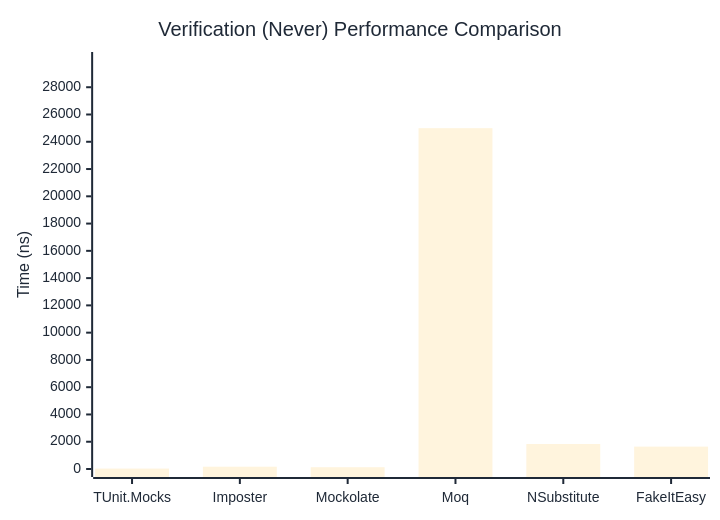
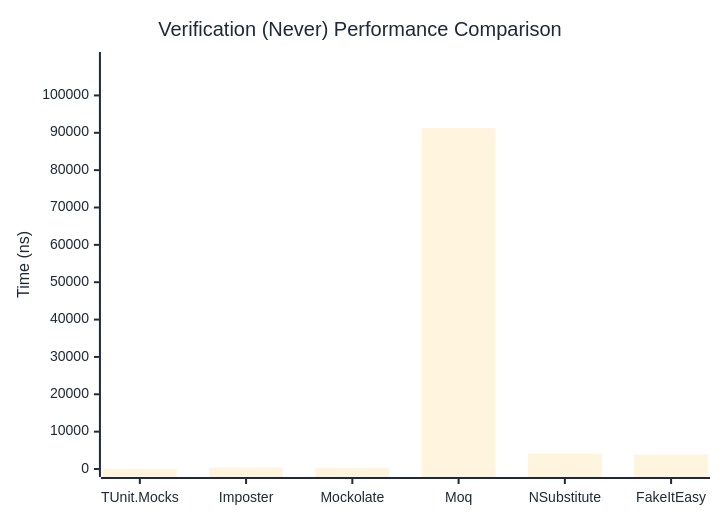
The second of 3 diagrams in docs/docs/benchmarks/mocks/Verification.md (thomhurst/TUnit), drawn with Mermaid before and after one commit. The commit also changed other lines of this file and 14 other files, not shown here.

````diff
--- a/docs/docs/benchmarks/mocks/Verification.md
+++ b/docs/docs/benchmarks/mocks/Verification.md
@@ -71,27 +71,27 @@
 ```mermaid
 %%{init: {
   'theme':'base',
   'themeVariables': {
     'primaryColor': '#2563eb',
     'primaryTextColor': '#1f2937',
     'primaryBorderColor': '#1e40af',
     'lineColor': '#6b7280',
     'secondaryColor': '#7c3aed',
     'tertiaryColor': '#dc2626',
     'background': '#ffffff',
     'pie1': '#2563eb',
     'pie2': '#7c3aed',
     'pie3': '#dc2626',
     'pie4': '#f59e0b',
     'pie5': '#10b981',
     'pie6': '#06b6d4',
     'pie7': '#ec4899',
     'pie8': '#6366f1'
   }
 }}%%
 xychart-beta
   title "Verification (Never) Performance Comparison"
   x-axis ["TUnit.Mocks", "Imposter", "Mockolate", "Moq", "NSubstitute", "FakeItEasy"]
-  y-axis "Time (ns)" 0 --> 29997
-  bar [31.06, 168.36, 130.41, 24997.15, 1831.54, 1642.53]
+  y-axis "Time (ns)" 0 --> 109486
+  bar [60.75, 382.44, 276.54, 91238.09, 4133.15, 3847.22]
 ```
````
